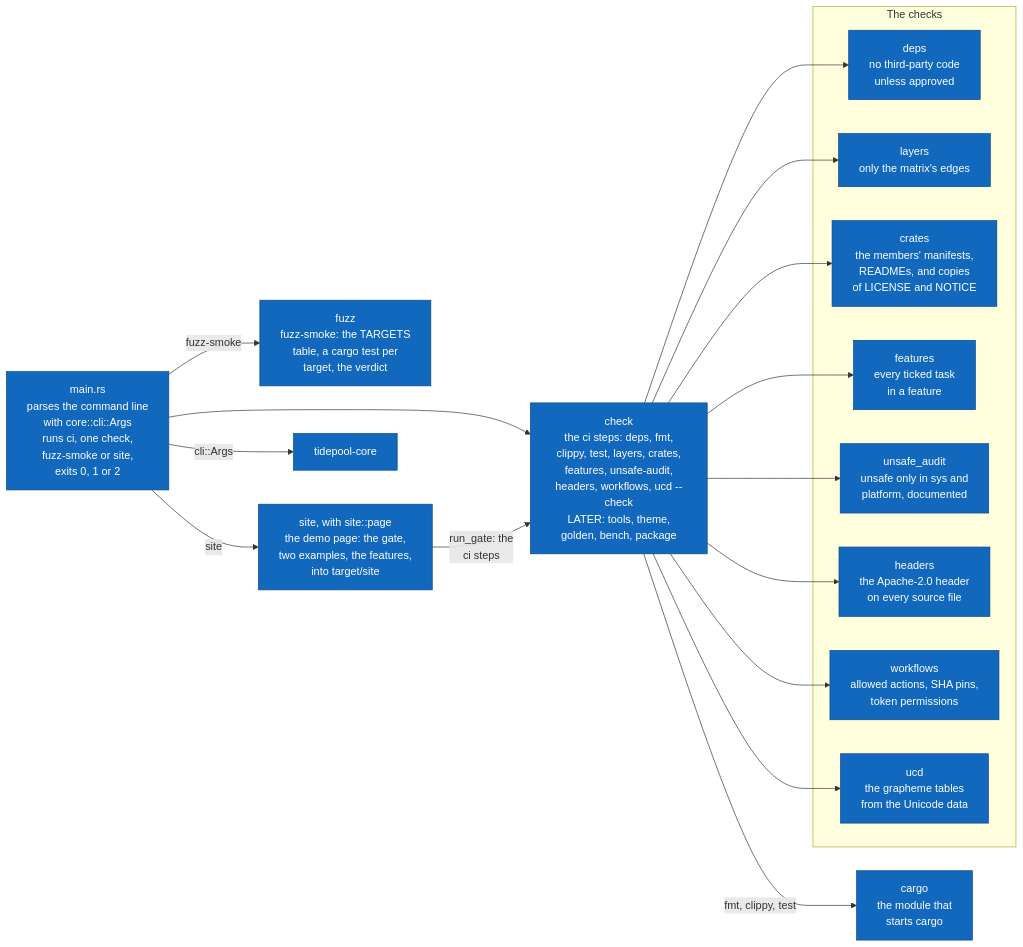
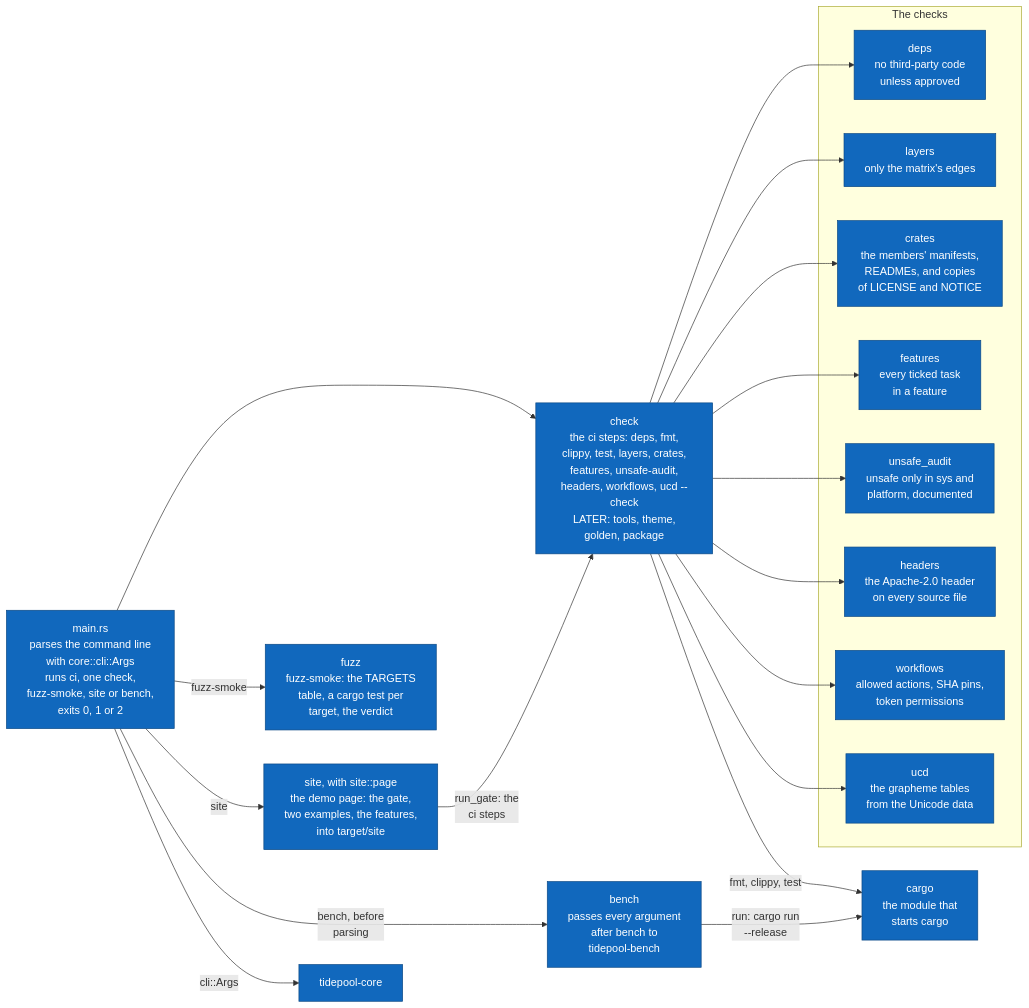
One commit to jabbott-iii/Tidepool changed diagram 11 of 16 in diagrams/c4-architecture.md. Above: the diagram before and after it, drawn with Mermaid. The commit also changed other lines of this file and 30 other files, not shown here.

````diff
--- a/diagrams/c4-architecture.md
+++ b/diagrams/c4-architecture.md
@@ -540,37 +548,40 @@
 ```mermaid
 flowchart LR
-    m_main["main.rs<br/>parses the command line<br/>with core::cli::Args<br/>runs ci, one check,<br/>fuzz-smoke or site,<br/>exits 0, 1 or 2"]
-    m_check["check<br/>the ci steps: deps, fmt,<br/>clippy, test, layers, crates,<br/>features, unsafe-audit,<br/>headers, workflows, ucd --check<br/>LATER: tools, theme,<br/>golden, bench, package"]
+    m_main["main.rs<br/>parses the command line<br/>with core::cli::Args<br/>runs ci, one check,<br/>fuzz-smoke, site or bench,<br/>exits 0, 1 or 2"]
+    m_check["check<br/>the ci steps: deps, fmt,<br/>clippy, test, layers, crates,<br/>features, unsafe-audit,<br/>headers, workflows, ucd --check<br/>LATER: tools, theme,<br/>golden, package"]
     subgraph b_checks["The checks"]
         m_deps["deps<br/>no third-party code<br/>unless approved"]
         m_layers["layers<br/>only the matrix's edges"]
         m_crates["crates<br/>the members' manifests,<br/>READMEs, and copies<br/>of LICENSE and NOTICE"]
         m_features["features<br/>every ticked task<br/>in a feature"]
         m_unsafe["unsafe_audit<br/>unsafe only in sys and<br/>platform, documented"]
         m_headers["headers<br/>the Apache-2.0 header<br/>on every source file"]
         m_workflows["workflows<br/>allowed actions, SHA pins,<br/>token permissions"]
         m_ucd["ucd<br/>the grapheme tables<br/>from the Unicode data"]
     end
     m_fuzz["fuzz<br/>fuzz-smoke: the TARGETS<br/>table, a cargo test per<br/>target, the verdict"]
     m_site["site, with site::page<br/>the demo page: the gate,<br/>two examples, the features,<br/>into target/site"]
+    m_bench["bench<br/>passes every argument<br/>after bench to<br/>tidepool-bench"]
     m_cargo["cargo<br/>the module that<br/>starts cargo"]
     k_core["tidepool-core"]
 
     m_main --> m_check
     m_main -->|"fuzz-smoke"| m_fuzz
     m_main -->|"site"| m_site
+    m_main -->|"bench, before<br/>parsing"| m_bench
+    m_bench -->|"run: cargo run<br/>--release"| m_cargo
     m_site -->|"run_gate: the<br/>ci steps"| m_check
     m_main -->|"cli::Args"| k_core
     m_check --> m_deps
     m_check --> m_layers
     m_check --> m_crates
     m_check --> m_features
     m_check --> m_unsafe
     m_check --> m_headers
     m_check --> m_workflows
     m_check --> m_ucd
     m_check -->|"fmt, clippy, test"| m_cargo
 
     classDef built fill:#1168bd,stroke:#0b4884,color:#ffffff
-    class m_main,m_check,m_deps,m_layers,m_crates,m_features,m_unsafe,m_headers,m_workflows,m_ucd,m_fuzz,m_site,m_cargo,k_core built
+    class m_main,m_check,m_deps,m_layers,m_crates,m_features,m_unsafe,m_headers,m_workflows,m_ucd,m_fuzz,m_site,m_bench,m_cargo,k_core built
 ```
````
